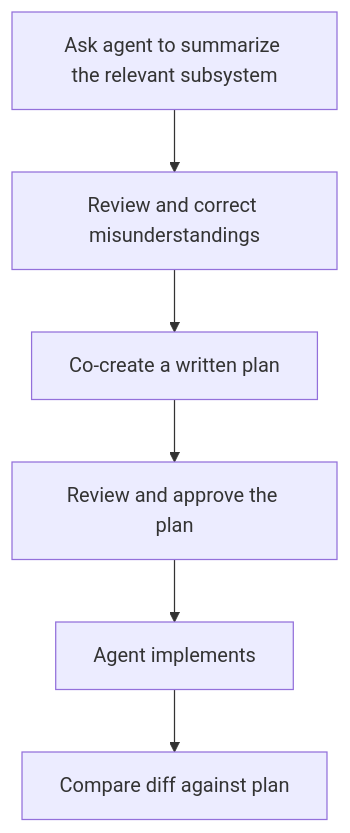
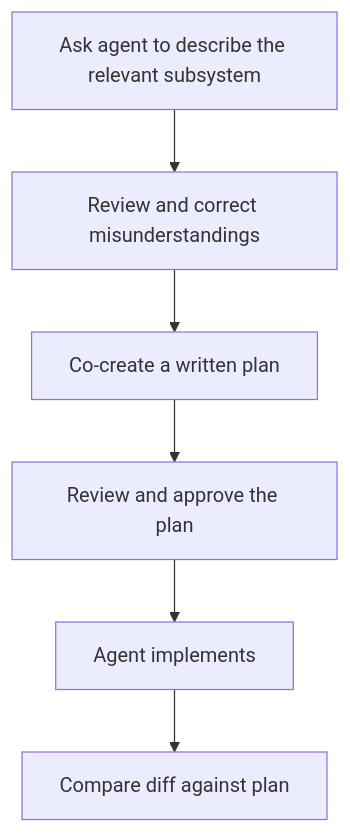
The first of 3 diagrams in workflows/plan-first-loop.md (agentpatterns-ai/website), drawn with Mermaid before and after one commit. The commit also changed other lines of this file and 489 other files, not shown here.

````diff
--- a/workflows/plan-first-loop.md
+++ b/workflows/plan-first-loop.md
@@ -23,8 +23,8 @@
 ```mermaid
 graph TD
-    A[Ask agent to summarize the relevant subsystem] --> B[Review and correct misunderstandings]
+    A[Ask agent to describe the relevant subsystem] --> B[Review and correct misunderstandings]
     B --> C[Co-create a written plan]
     C --> D[Review and approve the plan]
     D --> E[Agent implements]
     E --> F[Compare diff against plan]
 ```
````
